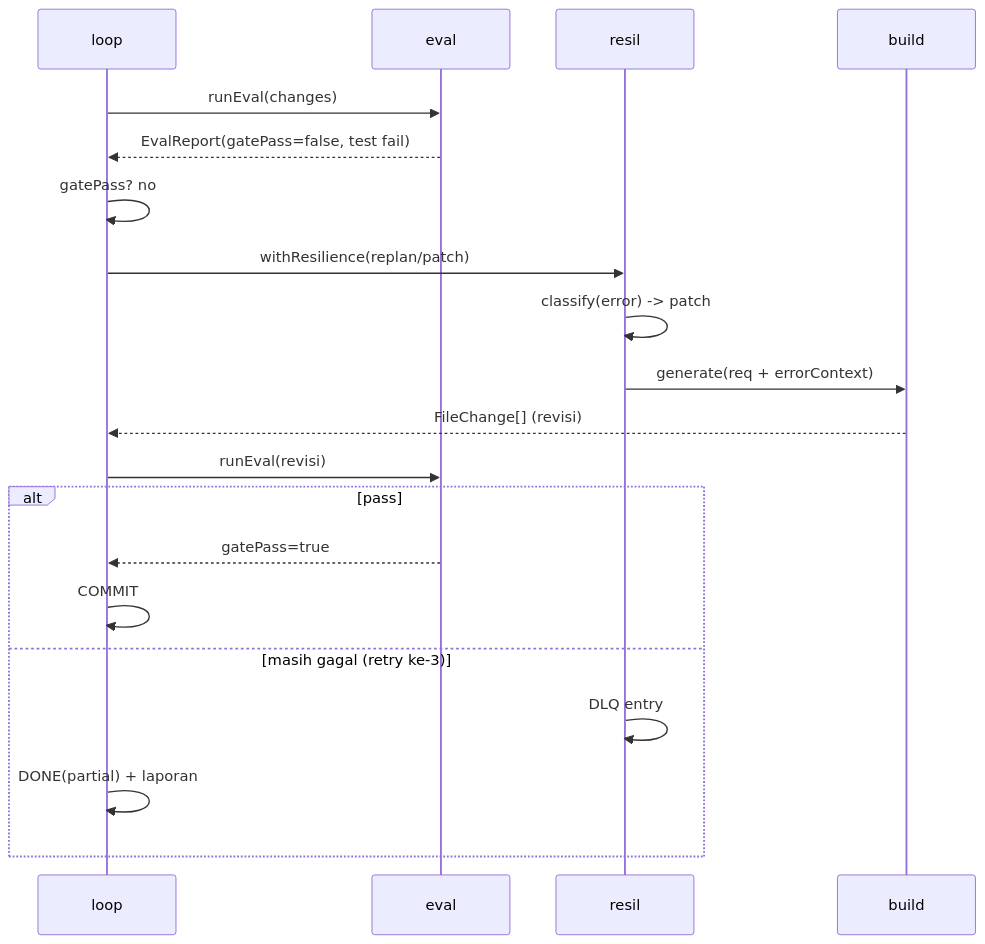
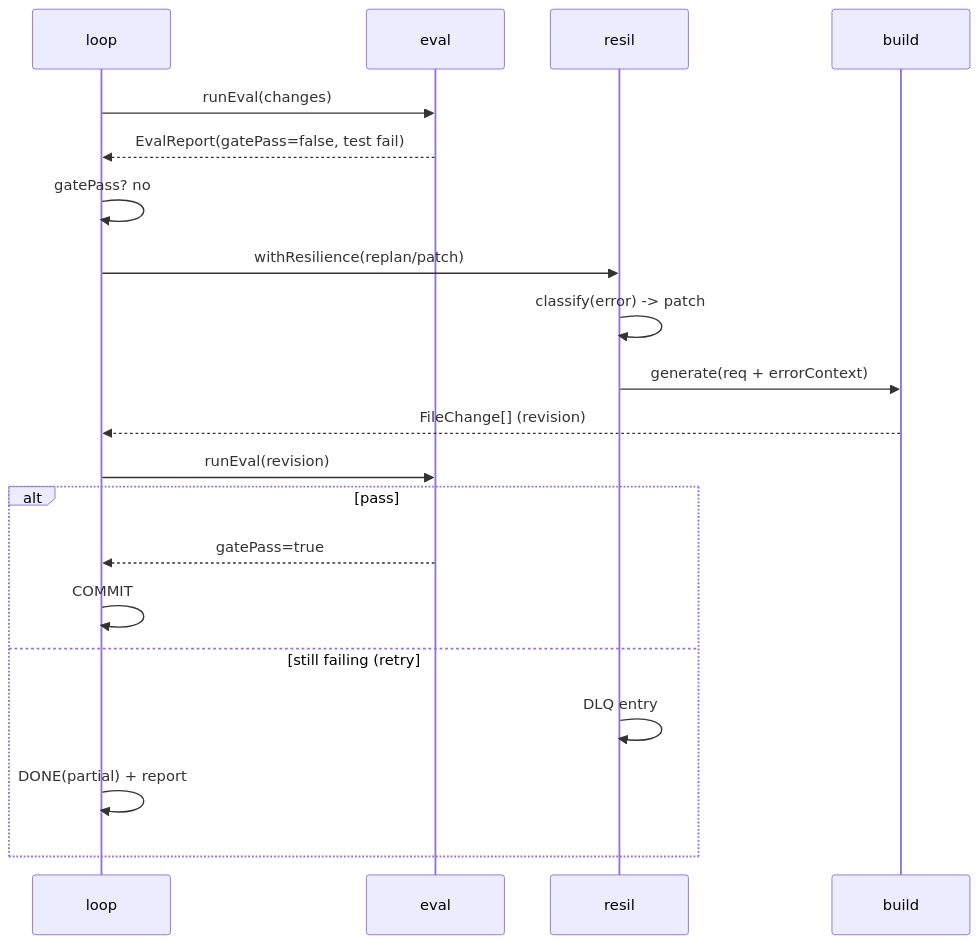
One commit to miruamel/zhi changed the second of 4 diagrams in docs/design/sequences.md. Above: the diagram before and after it, drawn with Mermaid. The commit also changed other lines of this file and 33 other files, not shown here.

First line of the commit message:
docs(i18n): translate README + docs/{ARCHITECTURE,configuration,security,observability,design,guides,standards,runbooks,examples} to English

````diff
--- a/docs/design/sequences.md
+++ b/docs/design/sequences.md
@@ -44,23 +44,23 @@
 ```mermaid
 sequenceDiagram
   participant L as loop
   participant E as eval
   participant R as resil
   participant B as build
 
   L->>E: runEval(changes)
   E-->>L: EvalReport(gatePass=false, test fail)
   L->>L: gatePass? no
   L->>R: withResilience(replan/patch)
   R->>R: classify(error) -> patch
   R->>B: generate(req + errorContext)
-  B-->>L: FileChange[] (revisi)
-  L->>E: runEval(revisi)
+  B-->>L: FileChange[] (revision)
+  L->>E: runEval(revision)
   alt pass
     E-->>L: gatePass=true
     L->>L: COMMIT
-  else masih gagal (retry ke-3)
+  else still failing (retry #3)
     R->>R: DLQ entry
-    L->>L: DONE(partial) + laporan
+    L->>L: DONE(partial) + report
   end
 ```
````
